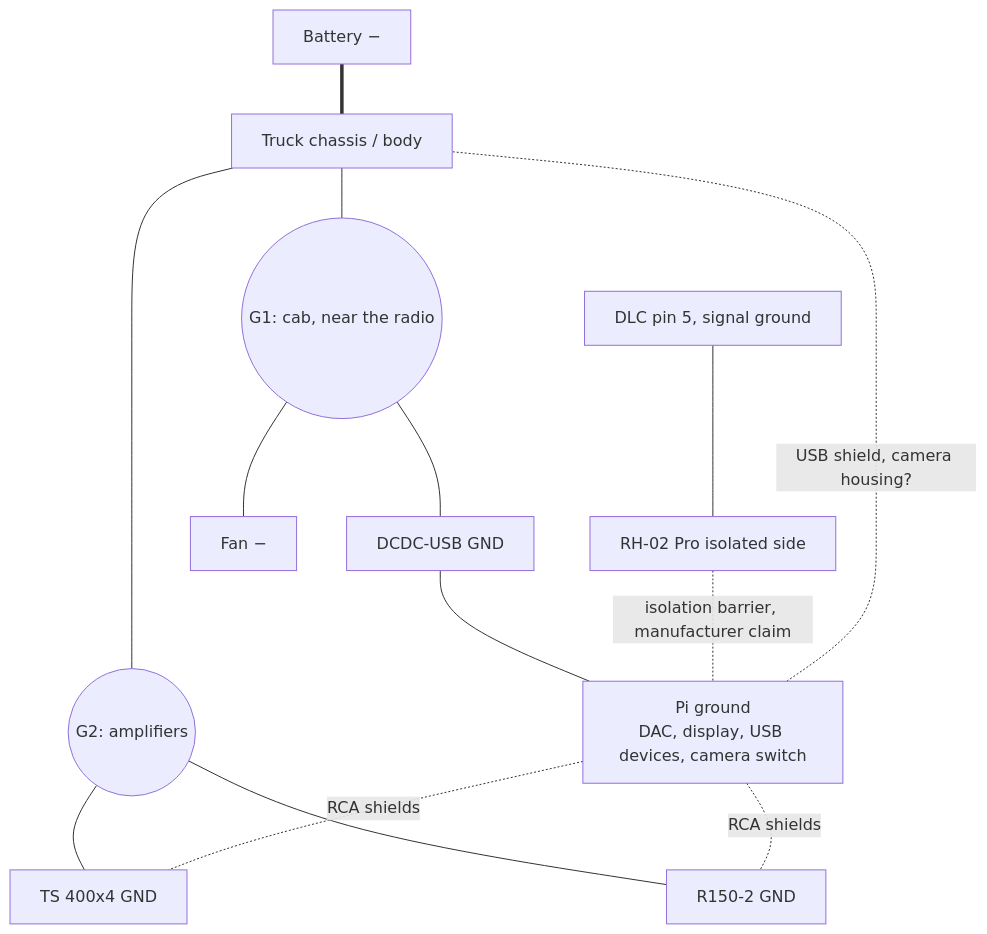
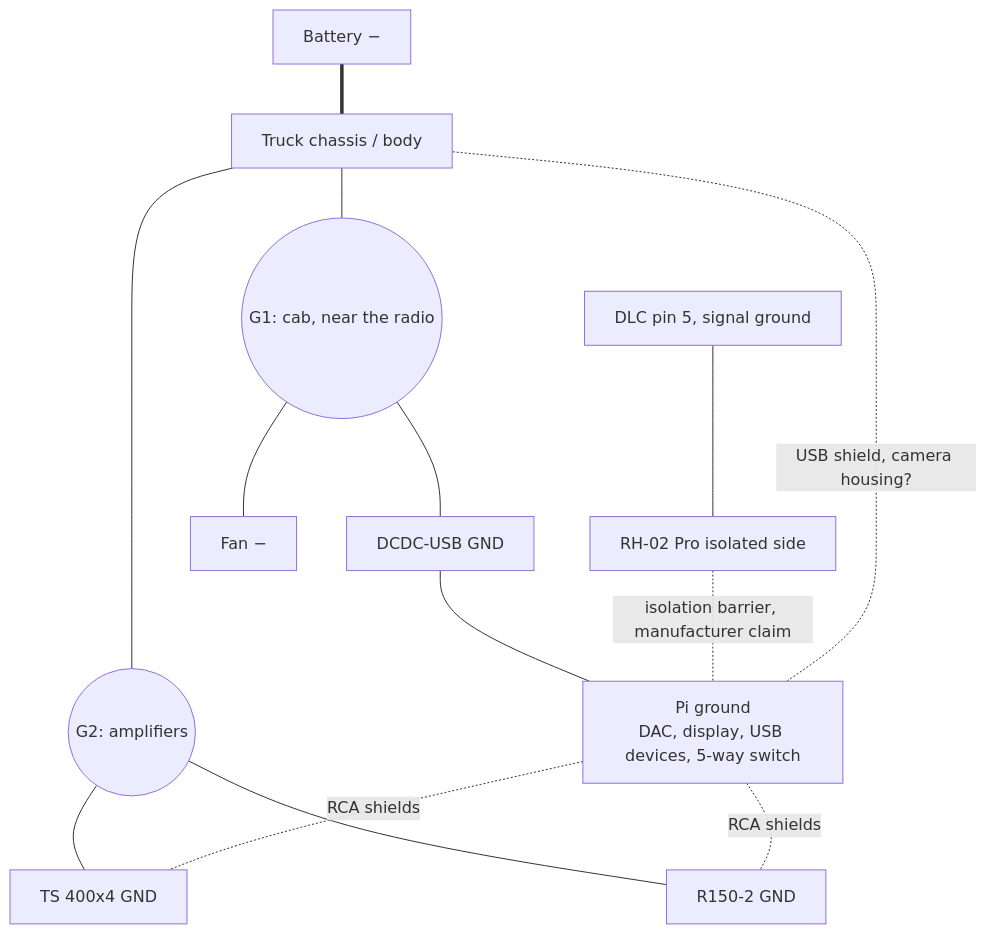
One commit to darickc/TruckDashboard changed the diagram in docs/wiring/ground-and-protection.md. Above: the diagram before and after it, drawn with Mermaid. The commit also changed 69 other files, not shown here.

First line of the commit message:
feat(switch): 5-way switch for media and calls, cameras on hold, directions learned in Settings [SIM]

````diff
--- a/docs/wiring/ground-and-protection.md
+++ b/docs/wiring/ground-and-protection.md
@@ -15,15 +15,15 @@
 ```mermaid
 flowchart TB
   BNEG[Battery −] === CH[Truck chassis / body]
   CH --- G1((G1: cab, near the radio))
   CH --- G2((G2: amplifiers))
-  G1 --- DCDCG[DCDC-USB GND] --- PIG[Pi ground<br/>DAC, display, USB devices, camera switch]
+  G1 --- DCDCG[DCDC-USB GND] --- PIG[Pi ground<br/>DAC, display, USB devices, 5-way switch]
   G1 --- FANG[Fan −]
   G2 --- A4G[TS 400x4 GND]
   G2 --- RG[R150-2 GND]
   PIG -. RCA shields .- A4G
   PIG -. RCA shields .- RG
   DLC5[DLC pin 5, signal ground] --- ISO[RH-02 Pro isolated side]
   ISO -. isolation barrier, manufacturer claim .- PIG
   PIG -. USB shield, camera housing? .- CH
 ```
````
